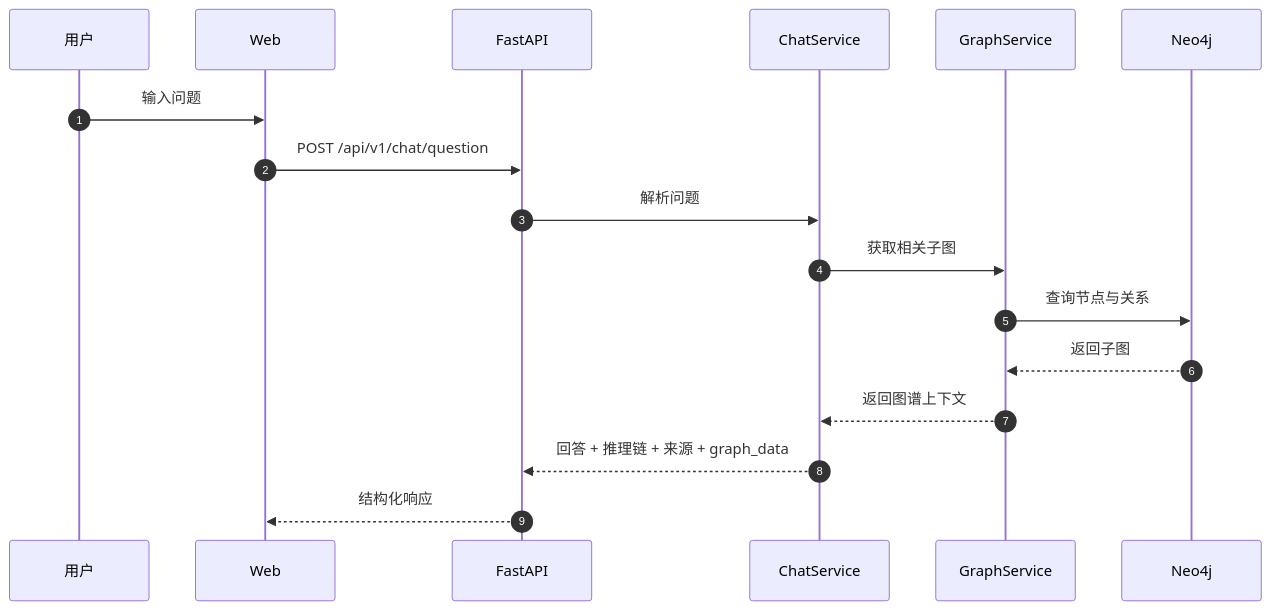
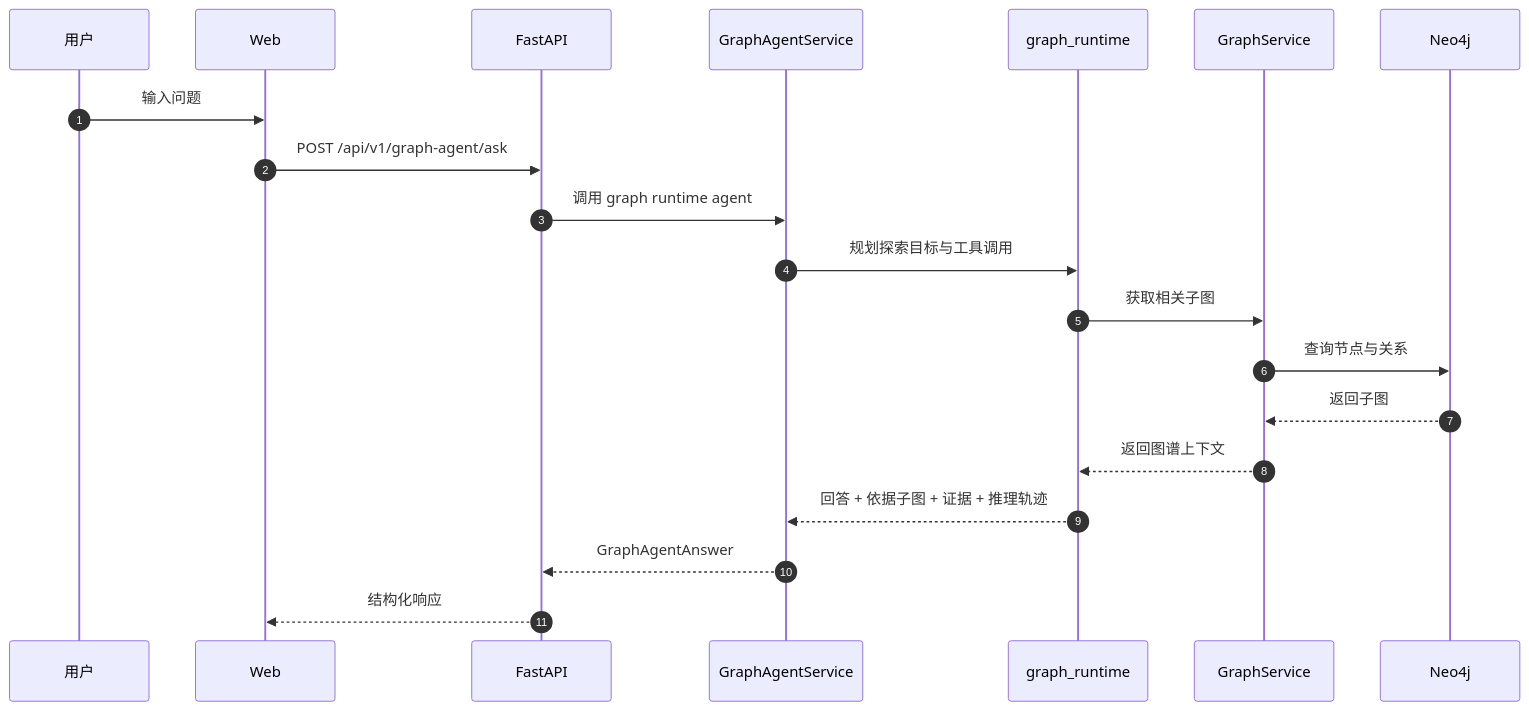
Before and after one commit to ticoAg/BaiCao: the second of 3 diagrams in docs/architecture/system-overview.md, drawn with Mermaid. The commit also changed 15 other files, not shown here.

Commit message:
feat(graph-agent): add graph tool loop to chat

````diff
--- a/docs/architecture/system-overview.md
+++ b/docs/architecture/system-overview.md
@@ -130,20 +130,23 @@
 ```mermaid
 sequenceDiagram
     autonumber
     participant User as 用户
     participant Web as Web
     participant API as FastAPI
-    participant Chat as ChatService
+    participant Agent as GraphAgentService
+    participant Runtime as graph_runtime
     participant Graph as GraphService
     participant Neo4j as Neo4j
 
     User->>Web: 输入问题
-    Web->>API: POST /api/v1/chat/question
-    API->>Chat: 解析问题
-    Chat->>Graph: 获取相关子图
+    Web->>API: POST /api/v1/graph-agent/ask
+    API->>Agent: 调用 graph runtime agent
+    Agent->>Runtime: 规划探索目标与工具调用
+    Runtime->>Graph: 获取相关子图
     Graph->>Neo4j: 查询节点与关系
     Neo4j-->>Graph: 返回子图
-    Graph-->>Chat: 返回图谱上下文
-    Chat-->>API: 回答 + 推理链 + 来源 + graph_data
+    Graph-->>Runtime: 返回图谱上下文
+    Runtime-->>Agent: 回答 + 依据子图 + 证据 + 推理轨迹
+    Agent-->>API: GraphAgentAnswer
     API-->>Web: 结构化响应
 ```
````
